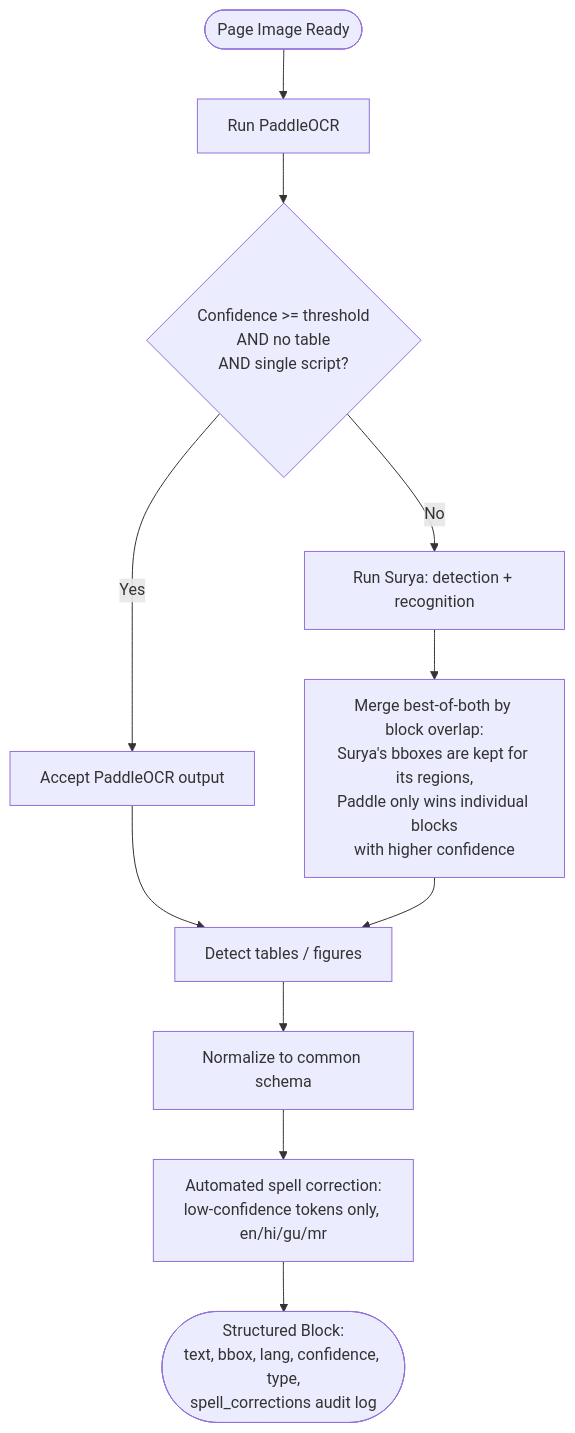
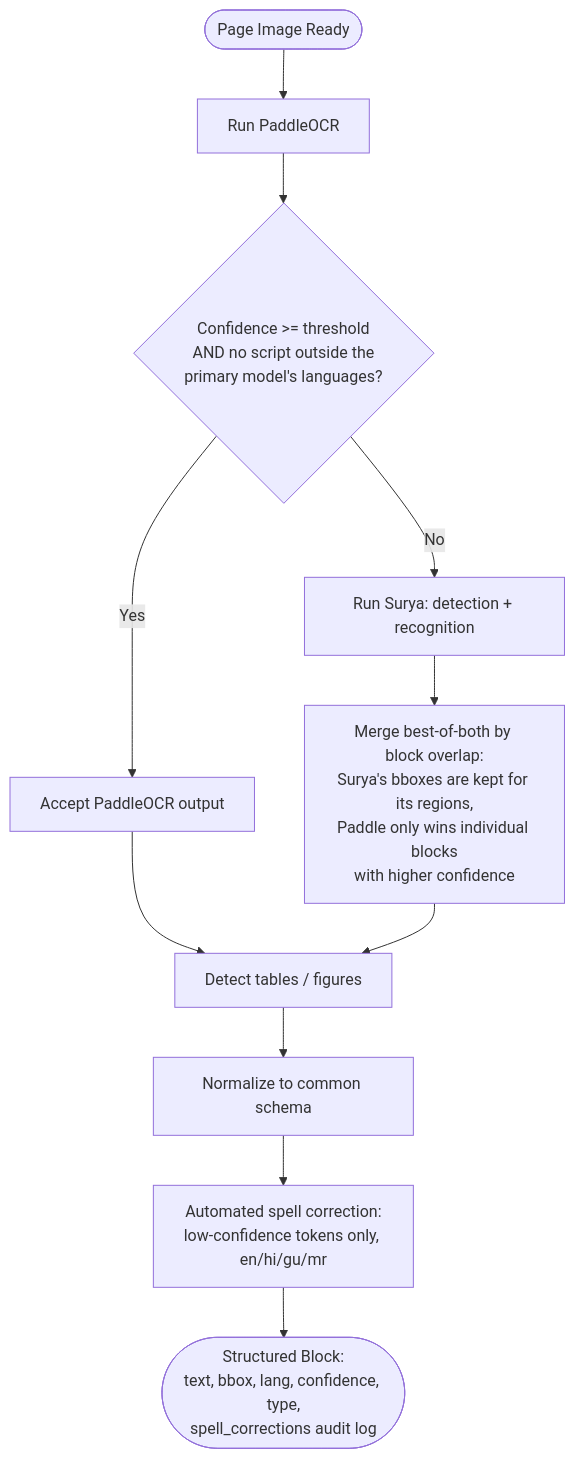
Before and after one commit to khiloni/Multilingual-OCR-pipeline-architecture: the third of 5 diagrams in ARCHITECTURE.md, drawn with Mermaid. The commit also changed other lines of this file and 12 other files, not shown here.

````diff
--- a/ARCHITECTURE.md
+++ b/ARCHITECTURE.md
@@ -151,13 +151,13 @@
 ```mermaid
 flowchart TD
     Start([Page Image Ready]) --> Run[Run PaddleOCR]
-    Run --> Score{Confidence >= threshold\nAND no table\nAND single script?}
+    Run --> Score{Confidence >= threshold\nAND no script outside the\nprimary model's languages?}
     Score -->|Yes| Accept[Accept PaddleOCR output]
     Score -->|No| Fallback[Run Surya: detection + recognition]
     Fallback --> Merge[Merge best-of-both by block overlap:\nSurya's bboxes are kept for its regions,\nPaddle only wins individual blocks\nwith higher confidence]
     Accept --> Structure[Detect tables / figures]
     Merge --> Structure
     Structure --> Normalize[Normalize to common schema]
     Normalize --> Spell[Automated spell correction:\nlow-confidence tokens only, en/hi/gu/mr]
     Spell --> Output([Structured Block:\ntext, bbox, lang, confidence, type,\nspell_corrections audit log])
 ```
````
